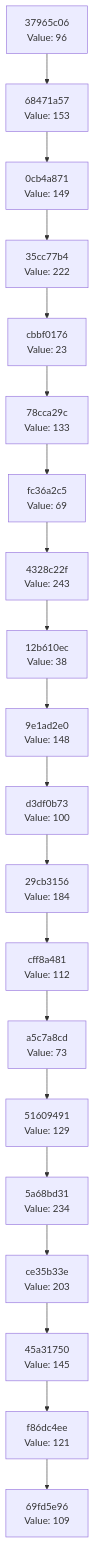
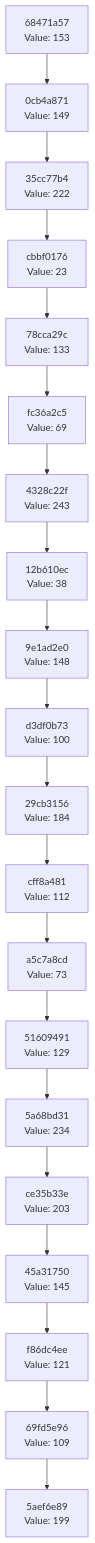
One commit to Abhisheksinha1506/hash-chain-evolver changed the diagram in docs/CHAIN_VISUALIZATION.md. Above: the diagram before and after it, drawn with Mermaid. The commit also changed 1 other file, not shown here.

Commit message:
Evolution Step

````diff
--- a/docs/CHAIN_VISUALIZATION.md
+++ b/docs/CHAIN_VISUALIZATION.md
@@ -3,42 +3,42 @@
 ```mermaid
 graph TD
-    C0["69fd5e96<br/>Value: 109"]
-    C1["f86dc4ee<br/>Value: 121"]
+    C0["5aef6e89<br/>Value: 199"]
+    C1["69fd5e96<br/>Value: 109"]
     C1 --> C0
-    C2["45a31750<br/>Value: 145"]
+    C2["f86dc4ee<br/>Value: 121"]
     C2 --> C1
-    C3["ce35b33e<br/>Value: 203"]
+    C3["45a31750<br/>Value: 145"]
     C3 --> C2
-    C4["5a68bd31<br/>Value: 234"]
+    C4["ce35b33e<br/>Value: 203"]
     C4 --> C3
-    C5["51609491<br/>Value: 129"]
+    C5["5a68bd31<br/>Value: 234"]
     C5 --> C4
-    C6["a5c7a8cd<br/>Value: 73"]
+    C6["51609491<br/>Value: 129"]
     C6 --> C5
-    C7["cff8a481<br/>Value: 112"]
+    C7["a5c7a8cd<br/>Value: 73"]
     C7 --> C6
-    C8["29cb3156<br/>Value: 184"]
+    C8["cff8a481<br/>Value: 112"]
     C8 --> C7
-    C9["d3df0b73<br/>Value: 100"]
+    C9["29cb3156<br/>Value: 184"]
     C9 --> C8
-    C10["9e1ad2e0<br/>Value: 148"]
+    C10["d3df0b73<br/>Value: 100"]
     C10 --> C9
-    C11["12b610ec<br/>Value: 38"]
+    C11["9e1ad2e0<br/>Value: 148"]
     C11 --> C10
-    C12["4328c22f<br/>Value: 243"]
+    C12["12b610ec<br/>Value: 38"]
     C12 --> C11
-    C13["fc36a2c5<br/>Value: 69"]
+    C13["4328c22f<br/>Value: 243"]
     C13 --> C12
-    C14["78cca29c<br/>Value: 133"]
+    C14["fc36a2c5<br/>Value: 69"]
     C14 --> C13
-    C15["cbbf0176<br/>Value: 23"]
+    C15["78cca29c<br/>Value: 133"]
     C15 --> C14
-    C16["35cc77b4<br/>Value: 222"]
+    C16["cbbf0176<br/>Value: 23"]
     C16 --> C15
-    C17["0cb4a871<br/>Value: 149"]
+    C17["35cc77b4<br/>Value: 222"]
     C17 --> C16
-    C18["68471a57<br/>Value: 153"]
+    C18["0cb4a871<br/>Value: 149"]
     C18 --> C17
-    C19["37965c06<br/>Value: 96"]
+    C19["68471a57<br/>Value: 153"]
     C19 --> C18
 ```
````
